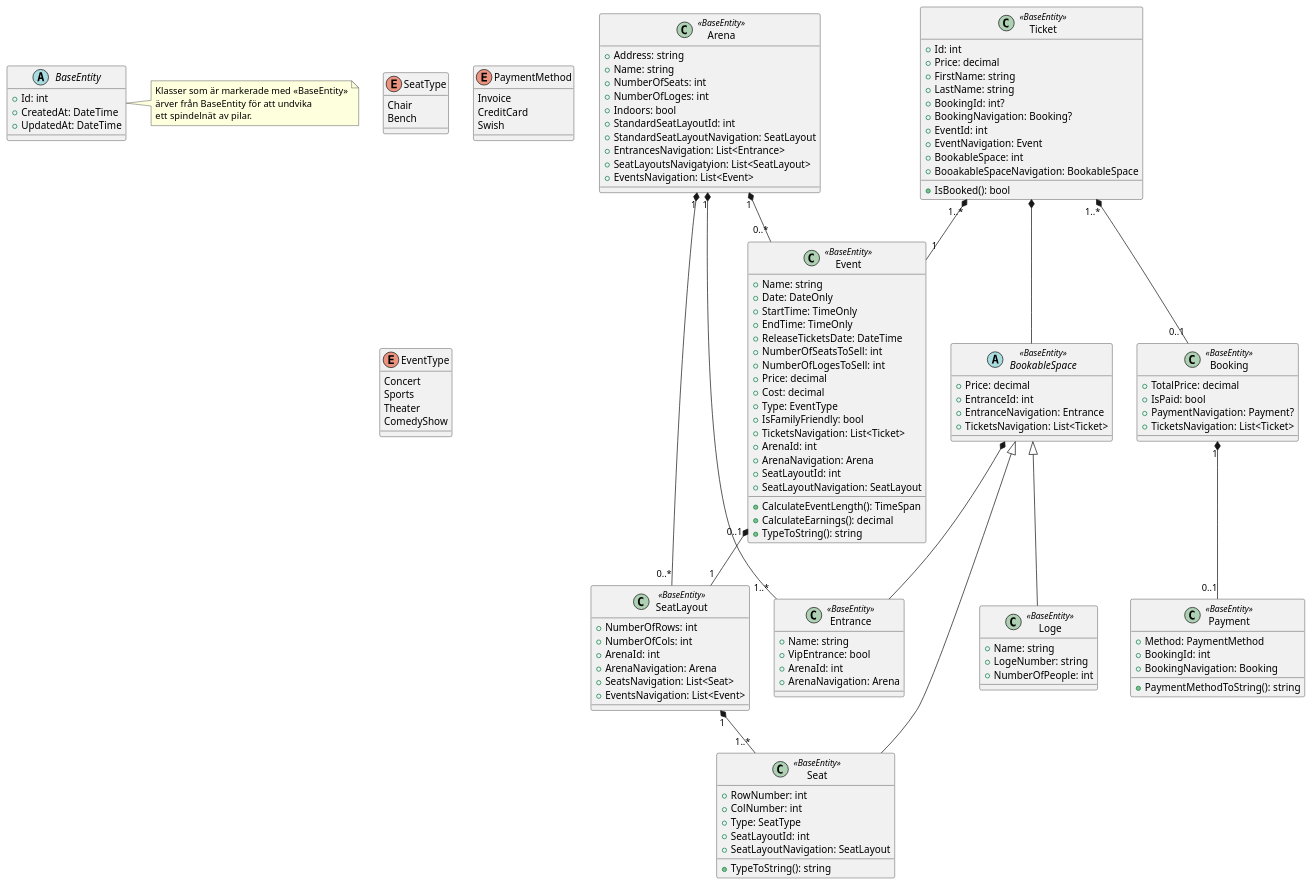
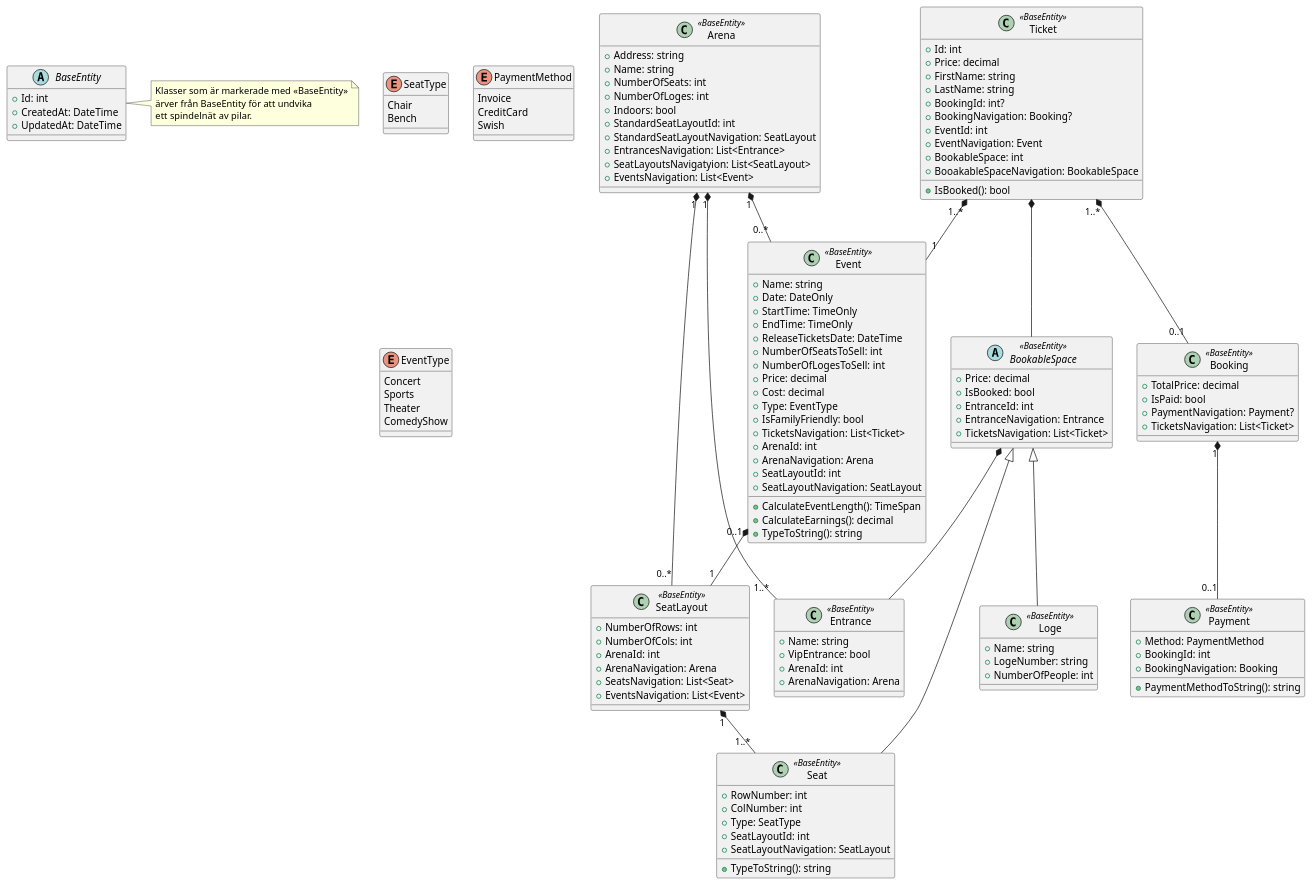
Before and after one commit to Mossberg1/ObjektOrienteradDesignBiljettShoppen: the diagram in uml.puml, drawn with PlantUML. The commit also changed 98 other files, not shown here.

```diff
--- a/uml.puml
+++ b/uml.puml
@@ -1,149 +1,150 @@
 @startuml
 
 enum SeatType {
     Chair
     Bench
 }
 
 enum PaymentMethod {
     Invoice
     CreditCard
     Swish
 }
 
 enum EventType {
     Concert
     Sports
     Theater
     ComedyShow
 }
 
 abstract class BaseEntity {
     + Id: int
     + CreatedAt: DateTime
     + UpdatedAt: DateTime
 }
 
 note right of BaseEntity
   Klasser som är markerade med <<BaseEntity>>
   ärver från BaseEntity för att undvika
   ett spindelnät av pilar.
 end note
 
 abstract class BookableSpace <<BaseEntity>> {
     + Price: decimal
+    + IsBooked: bool
     + EntranceId: int
     + EntranceNavigation: Entrance
     + TicketsNavigation: List<Ticket>
 }
 
 class Arena <<BaseEntity>> {
     + Address: string
     + Name: string
     + NumberOfSeats: int
     + NumberOfLoges: int
     + Indoors: bool
     + StandardSeatLayoutId: int
     + StandardSeatLayoutNavigation: SeatLayout
     + EntrancesNavigation: List<Entrance> 
     + SeatLayoutsNavigatyion: List<SeatLayout>
     + EventsNavigation: List<Event>
 }
 
 class SeatLayout <<BaseEntity>> {
     + NumberOfRows: int
     + NumberOfCols: int
     + ArenaId: int
     + ArenaNavigation: Arena
     + SeatsNavigation: List<Seat>
     + EventsNavigation: List<Event>
 }
 
 class Entrance <<BaseEntity>> {
     + Name: string
     + VipEntrance: bool
     + ArenaId: int 
     + ArenaNavigation: Arena 
 }
 
 class Event <<BaseEntity>> {
     + Name: string
     + Date: DateOnly
     + StartTime: TimeOnly
     + EndTime: TimeOnly
     + ReleaseTicketsDate: DateTime
     + NumberOfSeatsToSell: int
     + NumberOfLogesToSell: int
     + Price: decimal
     + Cost: decimal
     + Type: EventType
     + IsFamilyFriendly: bool 
     + TicketsNavigation: List<Ticket> 
     + ArenaId: int 
     + ArenaNavigation: Arena
     + SeatLayoutId: int
     + SeatLayoutNavigation: SeatLayout
     + CalculateEventLength(): TimeSpan
     + CalculateEarnings(): decimal
     + TypeToString(): string
 }
 
 class Ticket <<BaseEntity>> {
     + Id: int
     + Price: decimal
     + FirstName: string
     + LastName: string
     + BookingId: int? 
     + BookingNavigation: Booking? 
     + EventId: int 
     + EventNavigation: Event
     + BookableSpace: int
     + BooakableSpaceNavigation: BookableSpace
     + IsBooked(): bool
 }
 
 class Seat <<BaseEntity>>{
     + RowNumber: int
     + ColNumber: int
     + Type: SeatType
     + SeatLayoutId: int
     + SeatLayoutNavigation: SeatLayout
     + TypeToString(): string 
 }
 
 class Loge <<BaseEntity>> { 
     + Name: string
     + LogeNumber: string
     + NumberOfPeople: int
 }
 
 class Booking <<BaseEntity>> {
     + TotalPrice: decimal
     + IsPaid: bool
     + PaymentNavigation: Payment? 
     + TicketsNavigation: List<Ticket>
 }
 
 class Payment <<BaseEntity>> {
     + Method: PaymentMethod
     + BookingId: int
     + BookingNavigation: Booking 
     + PaymentMethodToString(): string
 }
 
 Arena "1" *-- "0..*" Event
 BookableSpace *-- Entrance
 Arena "1" *-- "1..*" Entrance
 Ticket "1..*" *-- "0..1" Booking
 Booking "1" *-- "0..1" Payment
 Ticket "1..*" *-- "1"  Event
 
 BookableSpace <|-- Seat
 BookableSpace <|-- Loge
 Ticket *-- BookableSpace
 
 SeatLayout "1" *-- "1..*" Seat
 Arena "1" *-- "0..*" SeatLayout
 Event "0..1" *-- "1" SeatLayout
 
 @enduml
```
